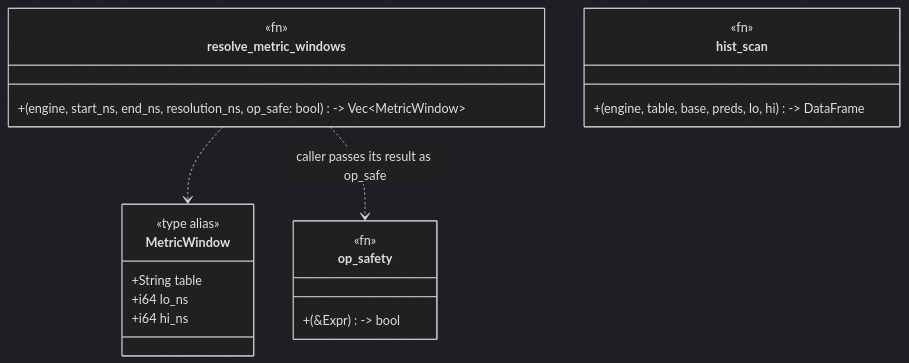
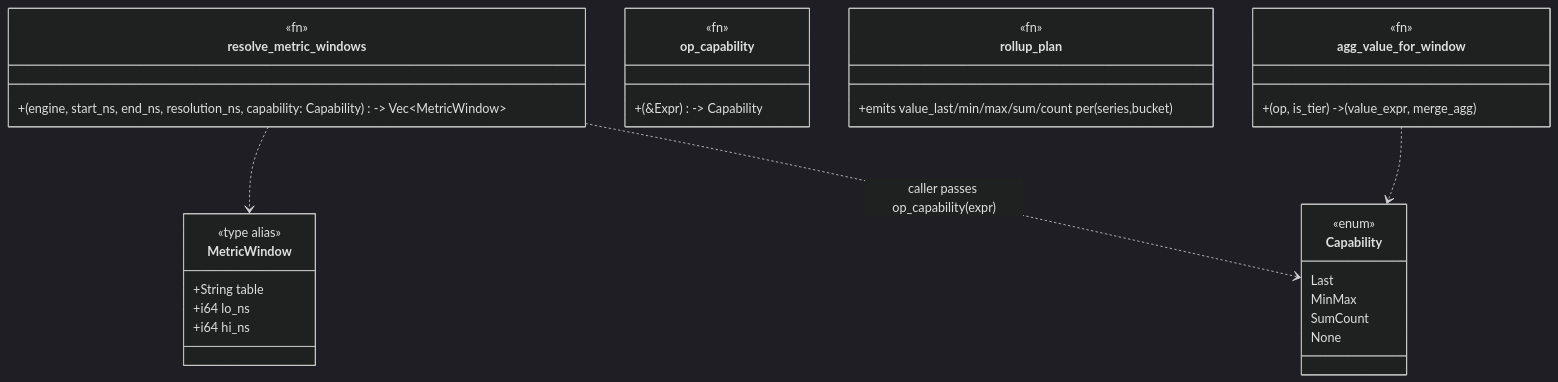
Before and after one commit to cboudereau/sol: the diagram in docs/workspace/rollup-read-routing/TASKS.md, drawn with Mermaid (dark theme). The commit also changed other lines of this file and 6 other files, not shown here.

First line of the commit message:
docs(rollup-read-routing): fold rich-rollup write side into the plan

````diff
--- a/docs/workspace/rollup-read-routing/TASKS.md
+++ b/docs/workspace/rollup-read-routing/TASKS.md
@@ -39,23 +39,35 @@
 ```mermaid
 classDiagram
+    class Capability {
+        <<enum>>
+        Last
+        MinMax
+        SumCount
+        None
+    }
     class MetricWindow {
         <<type alias>>
         +String table
         +i64 lo_ns
         +i64 hi_ns
     }
     class resolve_metric_windows {
         <<fn>>
-        +(engine, start_ns, end_ns, resolution_ns, op_safe: bool) -> Vec~MetricWindow~
+        +(engine, start_ns, end_ns, resolution_ns, capability: Capability) -> Vec~MetricWindow~
     }
-    class op_safety {
+    class op_capability {
         <<fn>>
-        +(&Expr) -> bool
+        +(&Expr) -> Capability
     }
-    class hist_scan {
+    class rollup_plan {
         <<fn>>
-        +(engine, table, base, preds, lo, hi) -> DataFrame
+        +emits value_last/min/max/sum/count per (series,bucket)
+    }
+    class agg_value_for_window {
+        <<fn>>
+        +(op, is_tier) -> (value_expr, merge_agg)
     }
     resolve_metric_windows ..> MetricWindow
-    resolve_metric_windows ..> op_safety : caller passes its result as op_safe
+    resolve_metric_windows ..> Capability : caller passes op_capability(expr)
+    agg_value_for_window ..> Capability
 ```
````
